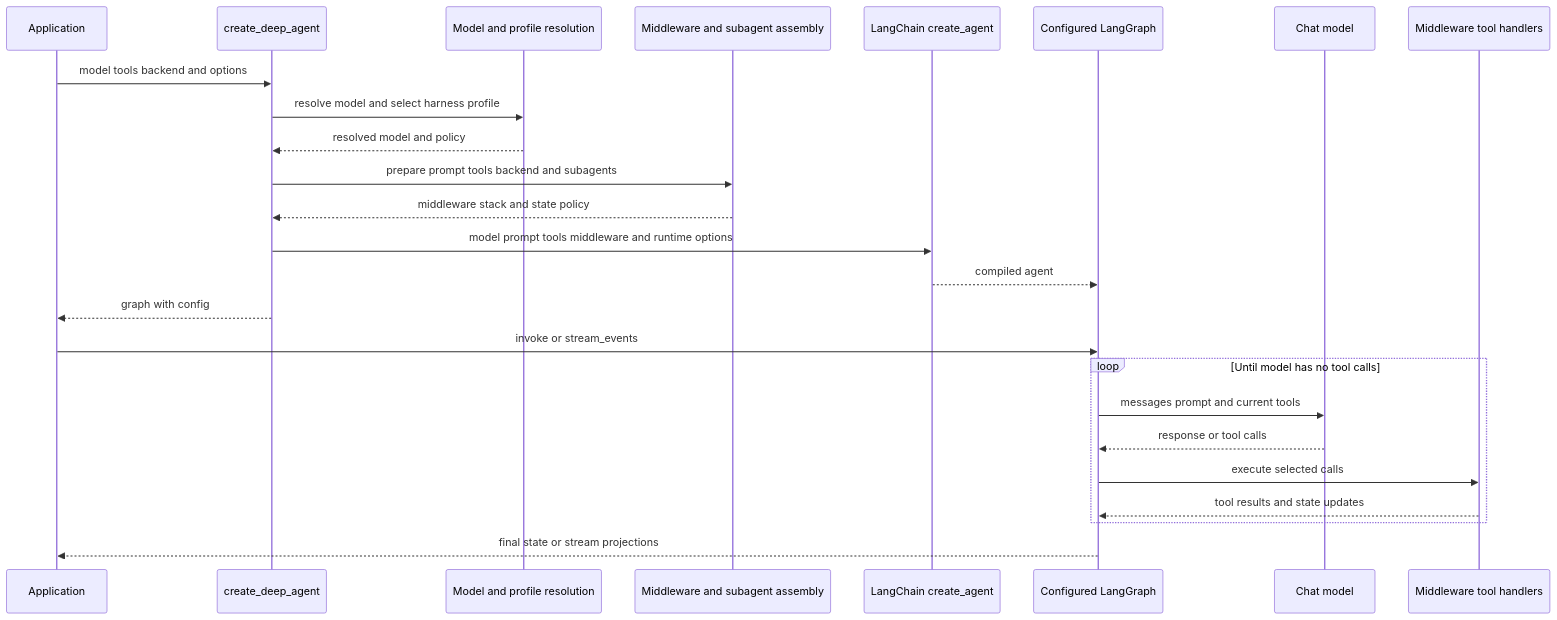
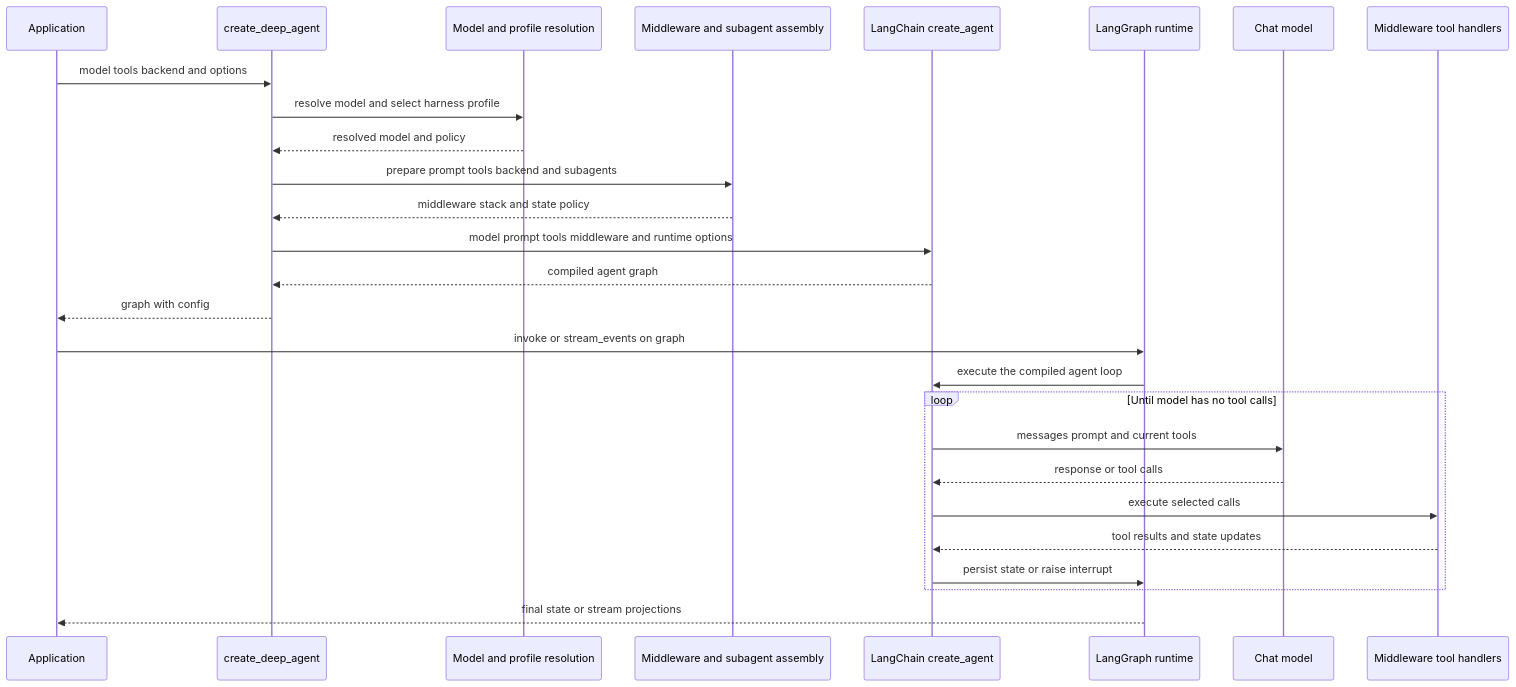
One commit to langchain-ai/deepagents changed the diagram in openwiki/architecture/sdk-construction-execution.md. Above: the diagram before and after it, drawn with Mermaid. The commit also changed other lines of this file and 63 other files, not shown here.

````diff
--- a/openwiki/architecture/sdk-construction-execution.md
+++ b/openwiki/architecture/sdk-construction-execution.md
@@ -43,28 +43,30 @@
 ```mermaid
 sequenceDiagram
     participant App as Application
     participant Builder as create_deep_agent
     participant Profiles as Model and profile resolution
     participant Stack as Middleware and subagent assembly
     participant LC as LangChain create_agent
-    participant Graph as Configured LangGraph
+    participant Runtime as LangGraph runtime
     participant Model as Chat model
     participant Tools as Middleware tool handlers
 
     App->>Builder: model tools backend and options
     Builder->>Profiles: resolve model and select harness profile
     Profiles-->>Builder: resolved model and policy
     Builder->>Stack: prepare prompt tools backend and subagents
     Stack-->>Builder: middleware stack and state policy
     Builder->>LC: model prompt tools middleware and runtime options
-    LC-->>Graph: compiled agent
+    LC-->>Builder: compiled agent graph
     Builder-->>App: graph with config
-    App->>Graph: invoke or stream_events
+    App->>Runtime: invoke or stream_events on graph
+    Runtime->>LC: execute the compiled agent loop
     loop Until model has no tool calls
-        Graph->>Model: messages prompt and current tools
-        Model-->>Graph: response or tool calls
-        Graph->>Tools: execute selected calls
-        Tools-->>Graph: tool results and state updates
+        LC->>Model: messages prompt and current tools
+        Model-->>LC: response or tool calls
+        LC->>Tools: execute selected calls
+        Tools-->>LC: tool results and state updates
+        LC->>Runtime: persist state or raise interrupt
     end
-    Graph-->>App: final state or stream projections
+    Runtime-->>App: final state or stream projections
 ```
````
